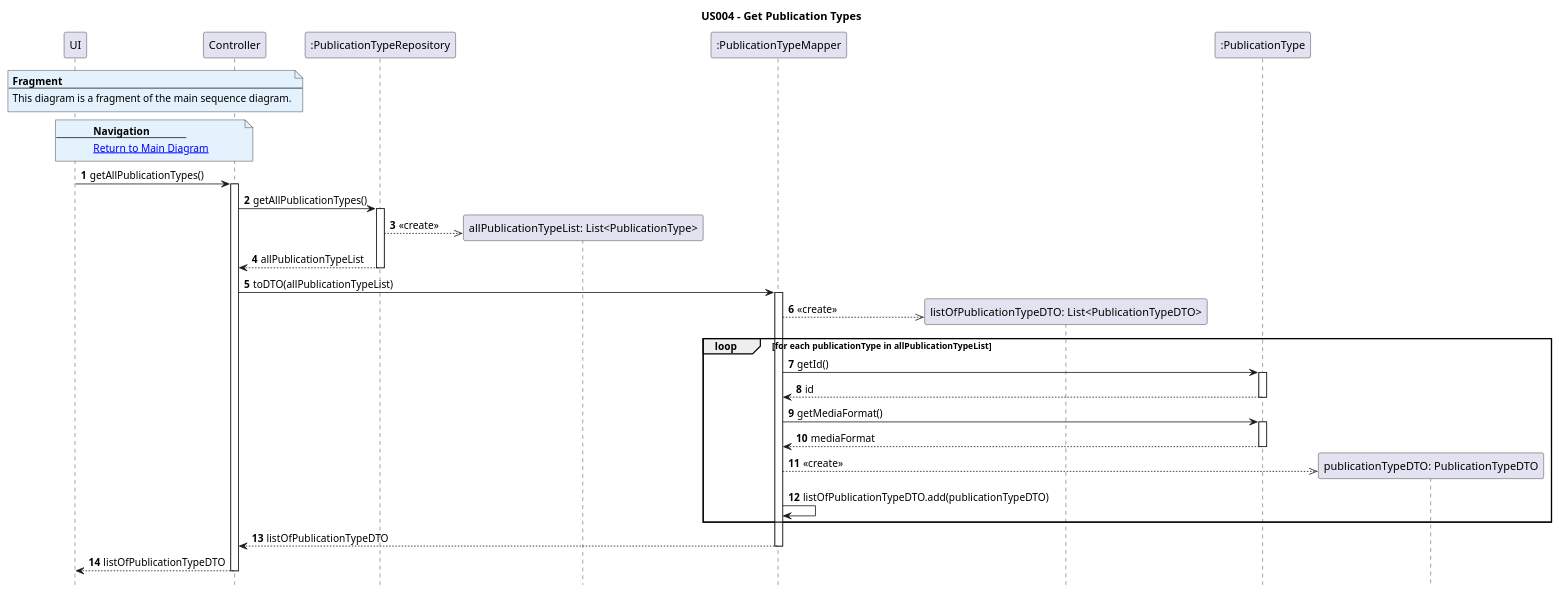
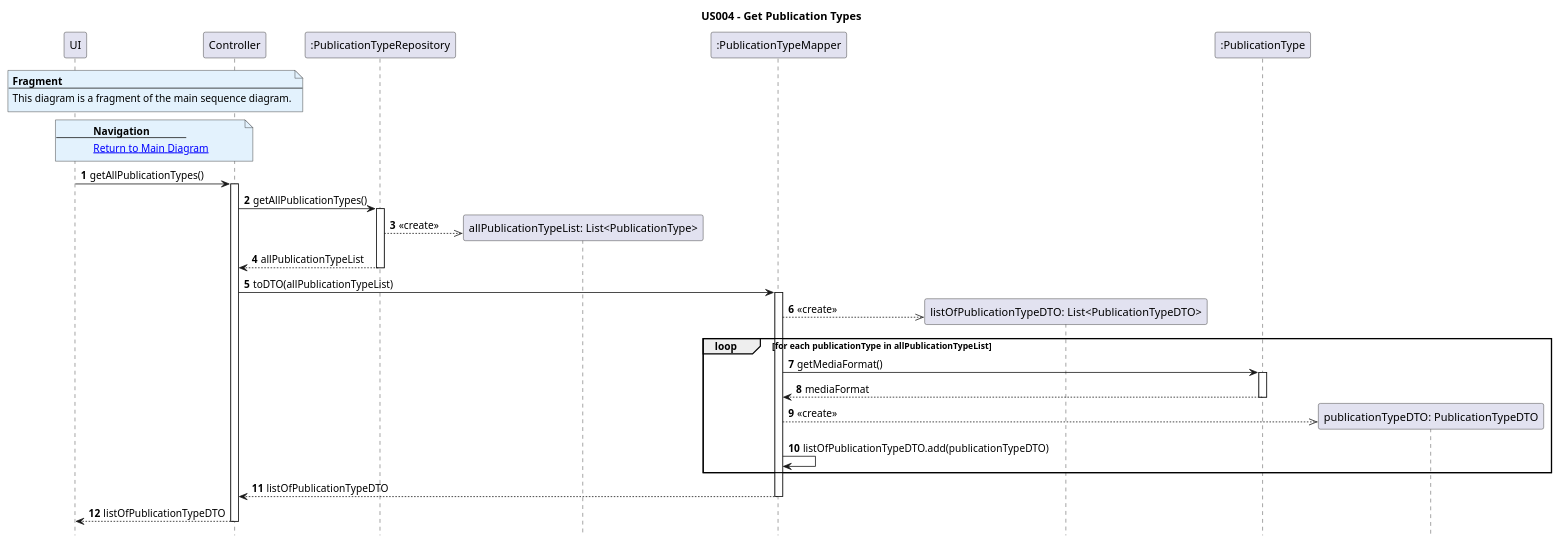
Before and after one commit to AndrePereiraGitH/SWitCH-Project-Team_A: the diagram in Diagrams/SequenceDiagrams/N2/US004-to-register-an-Appraisal-Entity/3.GetPublicationTypes.puml, drawn with PlantUML. The commit also changed 4 other files, not shown here.

Commit message:
refactor #431: restructure diagrams and apply DDD

```diff
--- a/Diagrams/SequenceDiagrams/N2/US004-to-register-an-Appraisal-Entity/3.GetPublicationTypes.puml
+++ b/Diagrams/SequenceDiagrams/N2/US004-to-register-an-Appraisal-Entity/3.GetPublicationTypes.puml
@@ -1,63 +1,63 @@
 @startuml
 
 hide footbox
 autonumber
 
 title US004 - Get Publication Types
 
 note over UI, Controller #E3F2FD
 <b>Fragment</b>
 ---
 This diagram is a fragment of the main sequence diagram.
 end note
 
 note over UI, Controller #E3F2FD
 <b>Navigation</b>
 ---
 [[1.MainDiagram.puml Return to Main Diagram]]
 end note
 
 participant ":UI004" as UI
 participant ":US004ToRegisterAppraisalEntityController" as Controller
 participant ":PublicationTypeRepository" as PublicationTypeRepo
 participant "allPublicationTypeList: List<PublicationType>" as allPublicationTypeList
 participant ":PublicationTypeMapper" as PublicationTypeMapper
 participant "listOfPublicationTypeDTO: List<PublicationTypeDTO>" as listOfPublicationTypeDTO
 participant ":PublicationType" as PublicationType
 participant "publicationTypeDTO: PublicationTypeDTO" as publicationTypeDTO
 
 UI -> Controller : getAllPublicationTypes()
 activate Controller
 
 Controller -> PublicationTypeRepo : getAllPublicationTypes()
 activate PublicationTypeRepo
 PublicationTypeRepo -->> allPublicationTypeList ** : <<create>>
 PublicationTypeRepo --> Controller : allPublicationTypeList
 deactivate PublicationTypeRepo
 
 Controller -> PublicationTypeMapper : toDTO(allPublicationTypeList)
 activate PublicationTypeMapper
 PublicationTypeMapper -->> listOfPublicationTypeDTO ** : <<create>>
 
 loop for each publicationType in allPublicationTypeList
-    PublicationTypeMapper -> PublicationType : getId()
-    activate PublicationType
-    PublicationType --> PublicationTypeMapper : id
-    deactivate PublicationType
+'    PublicationTypeMapper -> PublicationType : getId()
+'    activate PublicationType
+'    PublicationType --> PublicationTypeMapper : id
+'    deactivate PublicationType
 
     PublicationTypeMapper -> PublicationType : getMediaFormat()
     activate PublicationType
     PublicationType --> PublicationTypeMapper : mediaFormat
     deactivate PublicationType
 
     PublicationTypeMapper -->> publicationTypeDTO ** : <<create>>
     PublicationTypeMapper -> PublicationTypeMapper : listOfPublicationTypeDTO.add(publicationTypeDTO)
 end
 
 PublicationTypeMapper --> Controller : listOfPublicationTypeDTO
 deactivate PublicationTypeMapper
 
 Controller --> UI : listOfPublicationTypeDTO
 deactivate Controller
 
 @enduml
```
